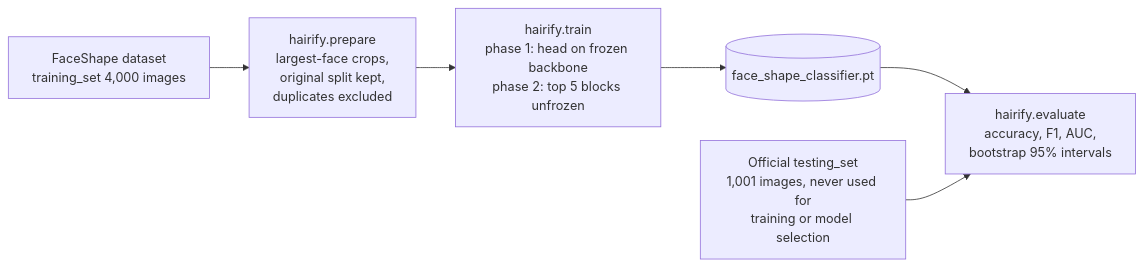
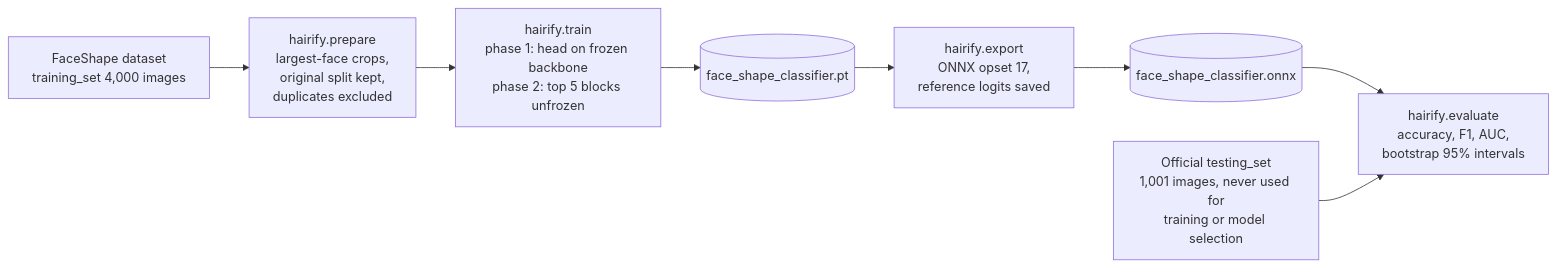
The second of 2 diagrams in docs/architecture.md (ZIADAYMAN81/hairify), drawn with Mermaid before and after one commit. The commit also changed other lines of this file and 27 other files, not shown here.

````diff
--- a/docs/architecture.md
+++ b/docs/architecture.md
@@ -27,8 +27,10 @@
 ```mermaid
 flowchart LR
     RAW[FaceShape dataset<br/>training_set 4,000 images] --> P[hairify.prepare<br/>largest-face crops,<br/>original split kept,<br/>duplicates excluded]
     P --> T[hairify.train<br/>phase 1: head on frozen backbone<br/>phase 2: top 5 blocks unfrozen]
     T --> W[(face_shape_classifier.pt)]
-    W --> E[hairify.evaluate<br/>accuracy, F1, AUC,<br/>bootstrap 95% intervals]
+    W --> X[hairify.export<br/>ONNX opset 17,<br/>reference logits saved]
+    X --> O[(face_shape_classifier.onnx)]
+    O --> E[hairify.evaluate<br/>accuracy, F1, AUC,<br/>bootstrap 95% intervals]
     OFF[Official testing_set<br/>1,001 images, never used for<br/>training or model selection] --> E
 ```
````
